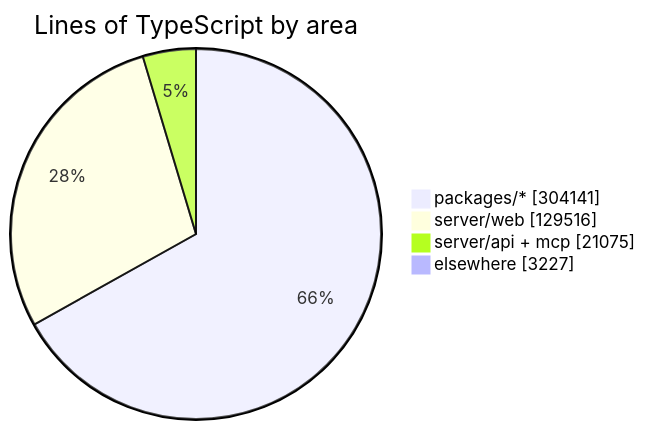
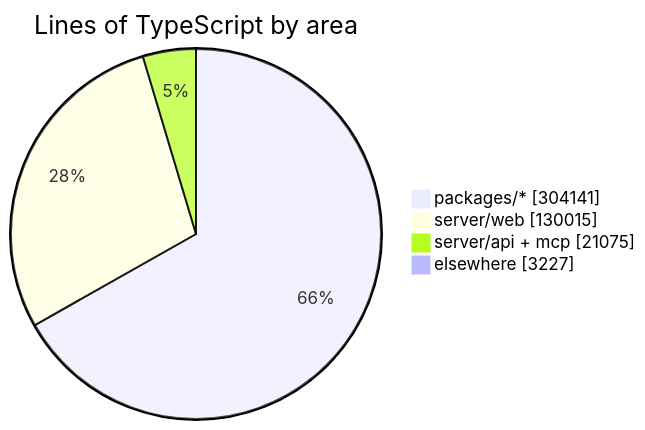
Before and after one commit to crossworks-engineering/mantle: the diagram in README.md, drawn with Mermaid. The commit also changed other lines of this file and 2 other files, not shown here.

````diff
--- a/README.md
+++ b/README.md
@@ -294,7 +294,7 @@
 ```mermaid
 pie showData title Lines of TypeScript by area
     "packages/*" : 304141
-    "server/web" : 129516
+    "server/web" : 130015
     "server/api + mcp" : 21075
     "elsewhere" : 3227
 ```
````
